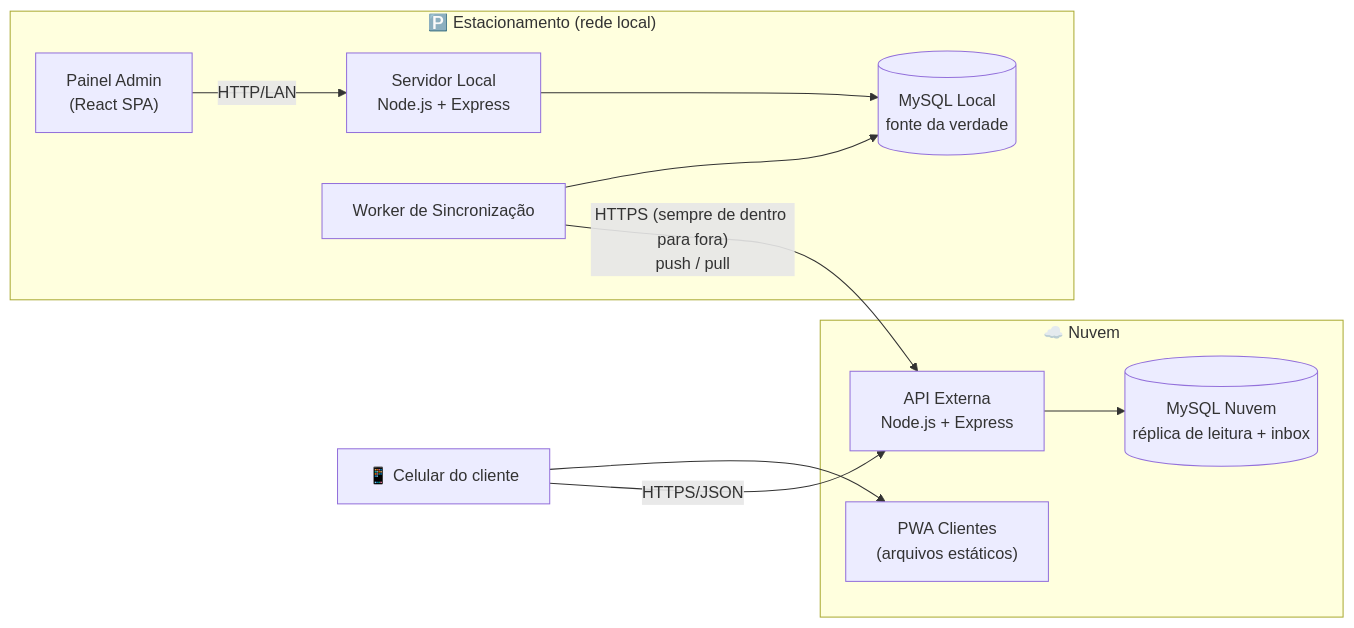
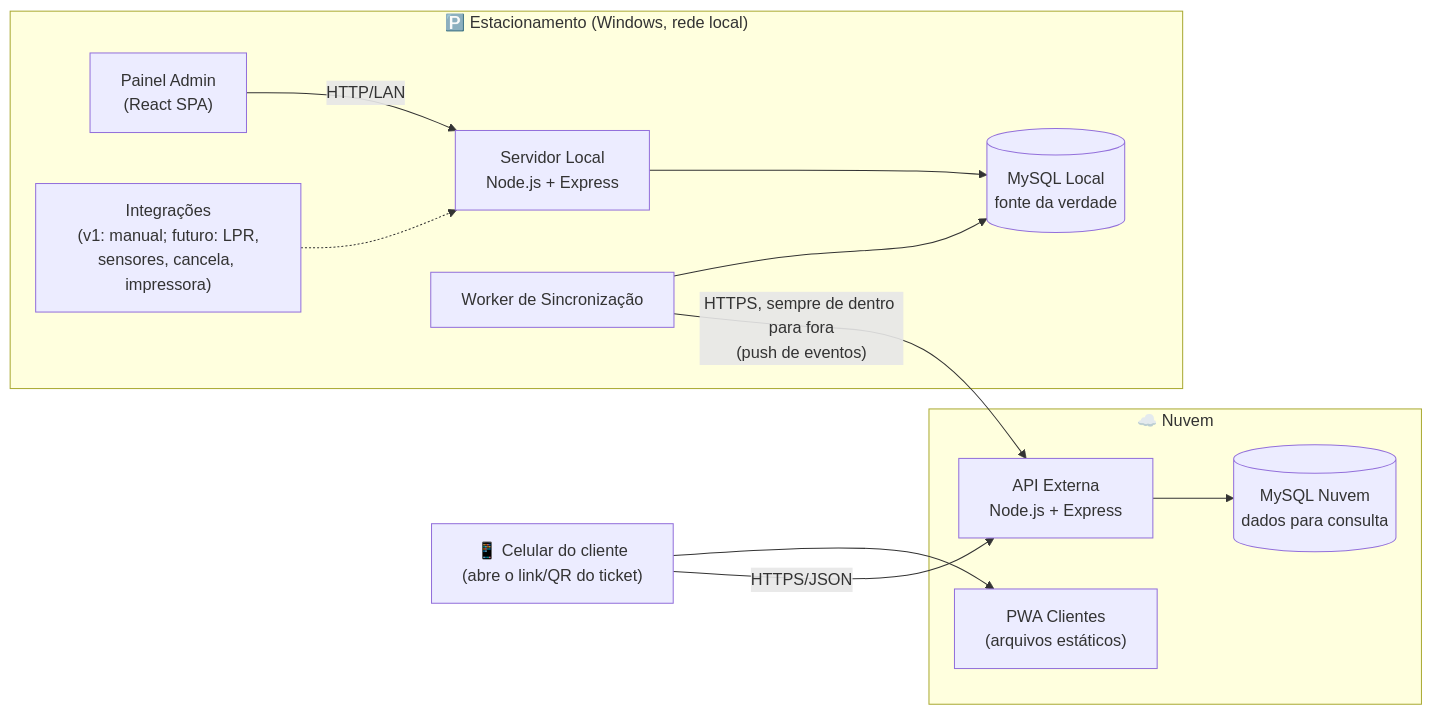
The first of 2 diagrams in docs/ARQUITETURA.md (CMKCOGIT/Estacionamento), drawn with Mermaid before and after one commit. The commit also changed other lines of this file, not shown here.

````diff
--- a/docs/ARQUITETURA.md
+++ b/docs/ARQUITETURA.md
@@ -15,25 +24,27 @@
 ```mermaid
 flowchart LR
-  subgraph LOCAL["🅿️ Estacionamento (rede local)"]
+  subgraph LOCAL["🅿️ Estacionamento (Windows, rede local)"]
     ADM["Painel Admin<br/>(React SPA)"]
     LS["Servidor Local<br/>Node.js + Express"]
     LDB[("MySQL Local<br/>fonte da verdade")]
     SW["Worker de Sincronização"]
+    INT["Integrações<br/>(v1: manual; futuro: LPR,<br/>sensores, cancela, impressora)"]
     ADM -- HTTP/LAN --> LS
+    INT -.-> LS
     LS --> LDB
     SW --> LDB
   end
 
   subgraph CLOUD["☁️ Nuvem"]
     API["API Externa<br/>Node.js + Express"]
-    CDB[("MySQL Nuvem<br/>réplica de leitura + inbox")]
+    CDB[("MySQL Nuvem<br/>dados para consulta")]
     PWA["PWA Clientes<br/>(arquivos estáticos)"]
     API --> CDB
   end
 
-  CEL["📱 Celular do cliente"]
+  CEL["📱 Celular do cliente<br/>(abre o link/QR do ticket)"]
 
-  SW -- "HTTPS (sempre de dentro para fora)<br/>push / pull" --> API
+  SW -- "HTTPS, sempre de dentro para fora<br/>(push de eventos)" --> API
   CEL --> PWA
   CEL -- HTTPS/JSON --> API
 ```
````
